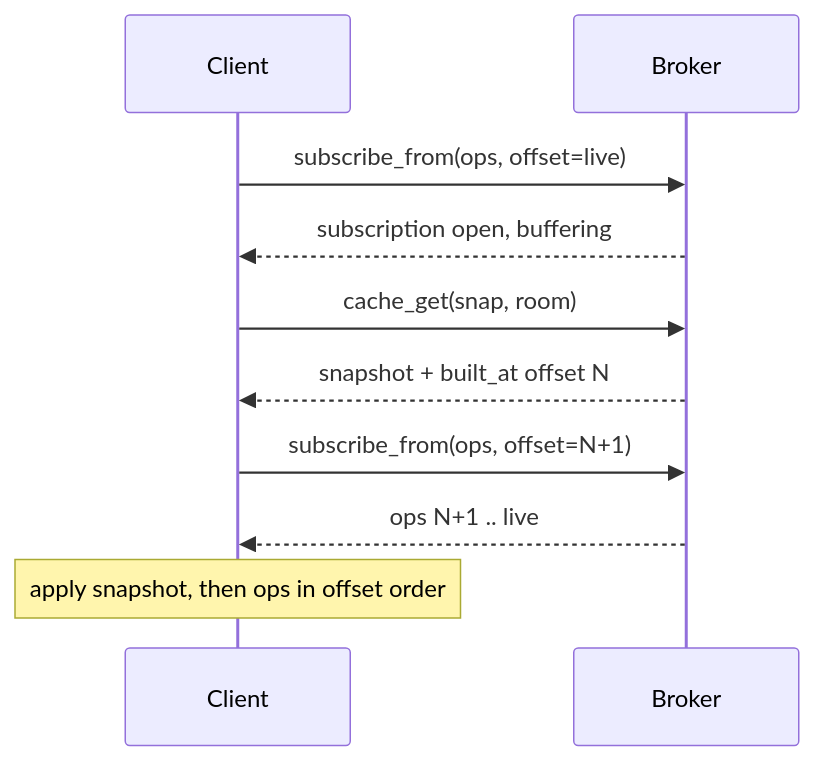
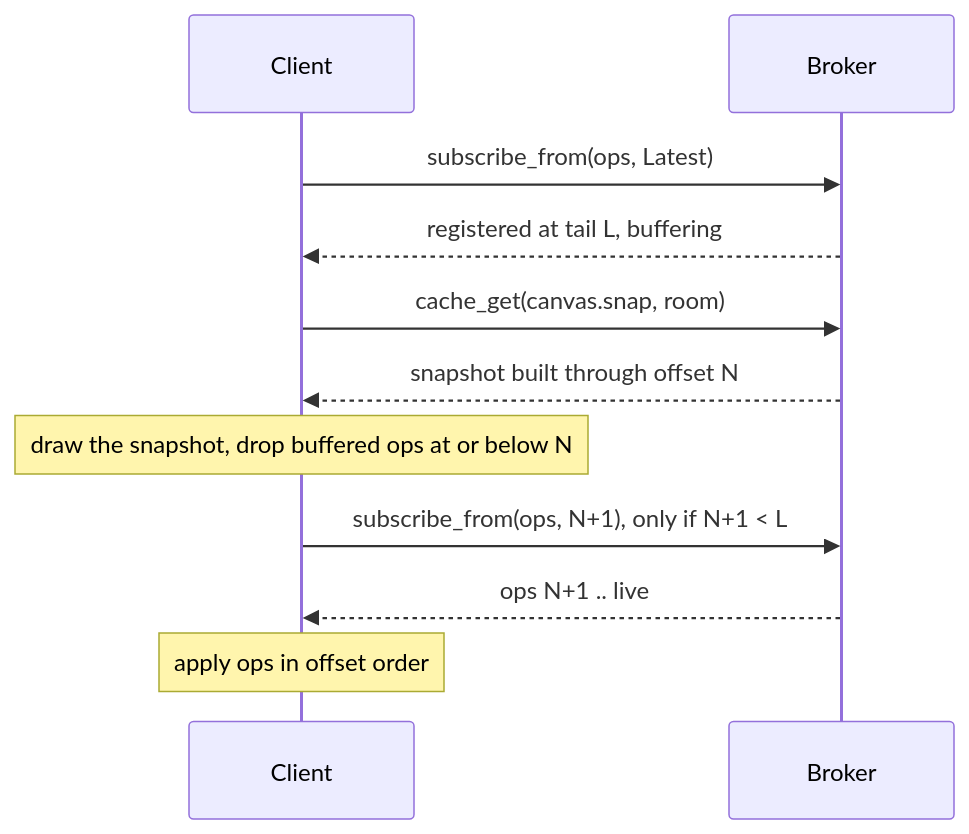
Before and after one commit to GetFelix/felix-canvas: the second of 2 diagrams in docs/design.md, drawn with Mermaid. The commit also changed other lines of this file and 33 other files, not shown here.

````diff
--- a/docs/design.md
+++ b/docs/design.md
@@ -249,12 +249,13 @@
 ```mermaid
 sequenceDiagram
     participant C as Client
     participant B as Broker
-    C->>B: subscribe_from(ops, offset=live)
-    B-->>C: subscription open, buffering
-    C->>B: cache_get(snap, room)
-    B-->>C: snapshot + built_at offset N
-    C->>B: subscribe_from(ops, offset=N+1)
+    C->>B: subscribe_from(ops, Latest)
+    B-->>C: registered at tail L, buffering
+    C->>B: cache_get(canvas.snap, room)
+    B-->>C: snapshot built through offset N
+    Note over C: draw the snapshot, drop buffered ops at or below N
+    C->>B: subscribe_from(ops, N+1), only if N+1 < L
     B-->>C: ops N+1 .. live
-    Note over C: apply snapshot, then ops in offset order
+    Note over C: apply ops in offset order
 ```
````
